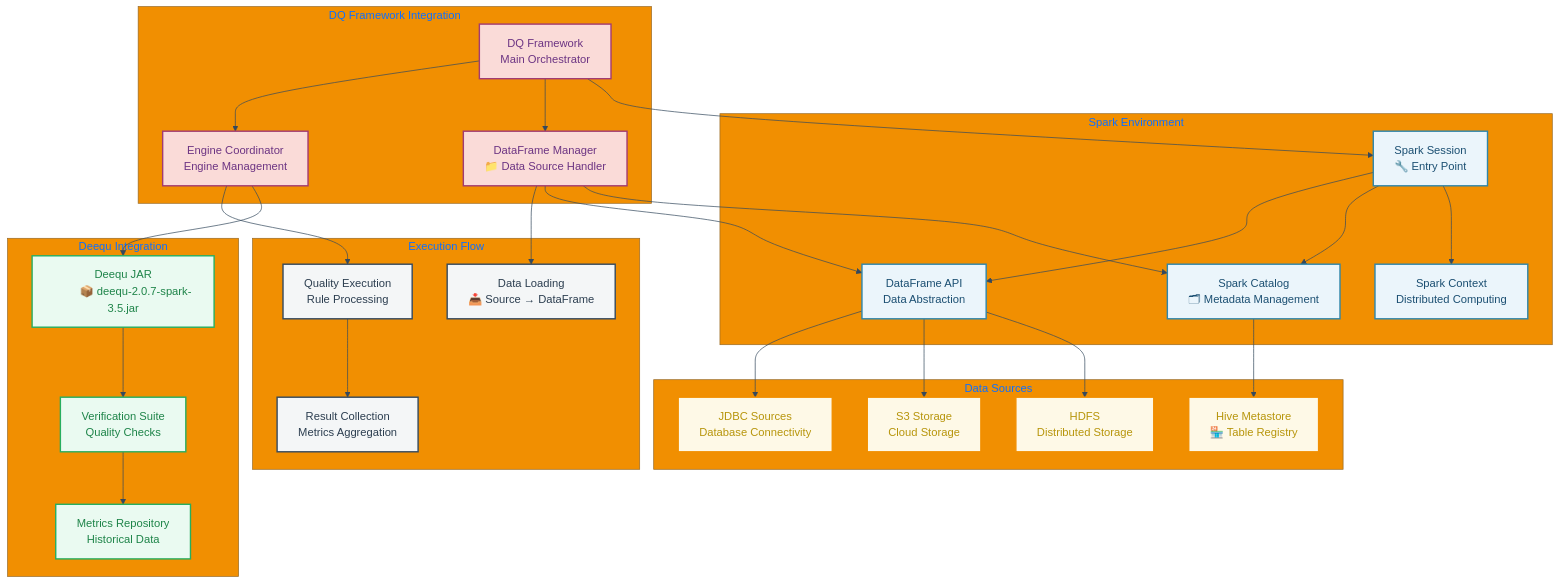
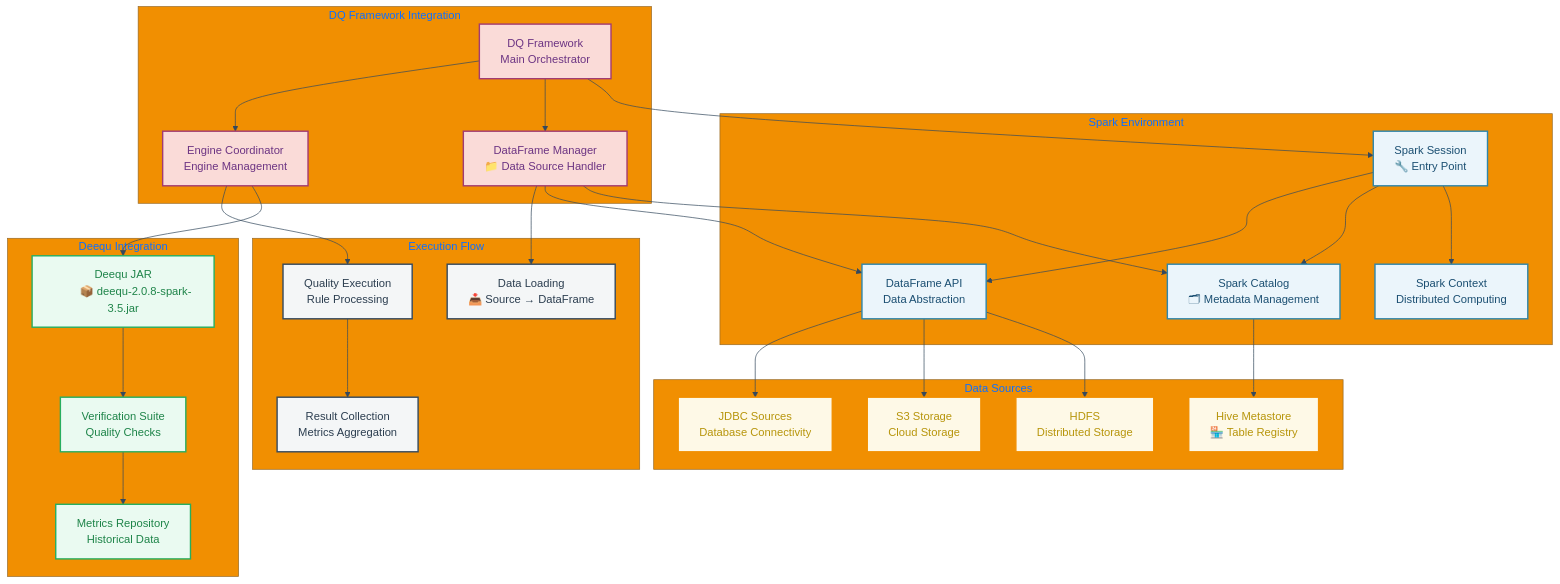
One commit to vjsingh1984/data-quality-framework changed the diagram in docs/diagrams/spark-integration.mmd. Above: the diagram before and after it, drawn with Mermaid. The commit also changed 13 other files, not shown here.

```diff
--- a/docs/diagrams/spark-integration.mmd
+++ b/docs/diagrams/spark-integration.mmd
@@ -1,88 +1,88 @@
 %%{init: {'theme':'base', 'themeVariables': { 'primaryColor': '#2E86AB', 'primaryTextColor': '#FFFFFF', 'primaryBorderColor': '#1B4F72', 'lineColor': '#34495E', 'secondaryColor': '#A23B72', 'tertiaryColor': '#F18F01', 'background': '#FFFFFF', 'mainBkg': '#EBF5FB', 'secondBkg': '#FADBD8', 'tertiaryBkg': '#FEF9E7'}}}%%
 graph TB
     subgraph "Spark Environment" 
         SparkSession[Spark Session
         🔧 Entry Point]
         SparkContext[Spark Context
          Distributed Computing]
         SparkCatalog[Spark Catalog
         🗂 Metadata Management]
         DataFrame[DataFrame API
          Data Abstraction]
     end
     
     subgraph "DQ Framework Integration"
         DQFramework[DQ Framework
          Main Orchestrator]
         DataFrameManager[DataFrame Manager
         📁 Data Source Handler]
         EngineCoordinator[Engine Coordinator
          Engine Management]
     end
     
     subgraph "Data Sources"
         HiveMetastore[Hive Metastore
         🏪 Table Registry]
         HDFS[HDFS
          Distributed Storage]
         S3[S3 Storage
          Cloud Storage]
         JDBC[JDBC Sources
          Database Connectivity]
     end
     
     subgraph "Deequ Integration"
         DeequJAR[Deequ JAR
-        📦 deequ-2.0.7-spark-3.5.jar]
+        📦 deequ-2.0.8-spark-3.5.jar]
         VerificationSuite[Verification Suite
          Quality Checks]
         MetricsRepository[Metrics Repository
          Historical Data]
     end
     
     subgraph "Execution Flow"
         DataLoad[Data Loading
         📥 Source → DataFrame]
         QualityChecks[Quality Execution
          Rule Processing]
         ResultAggregation[Result Collection
          Metrics Aggregation]
     end
     
     %% Connections
     SparkSession --> SparkContext
     SparkSession --> SparkCatalog
     SparkSession --> DataFrame
     
     DQFramework --> SparkSession
     DQFramework --> DataFrameManager
     DQFramework --> EngineCoordinator
     
     DataFrameManager --> SparkCatalog
     DataFrameManager --> DataFrame
     
     SparkCatalog --> HiveMetastore
     DataFrame --> HDFS
     DataFrame --> S3
     DataFrame --> JDBC
     
     EngineCoordinator --> DeequJAR
     DeequJAR --> VerificationSuite
     VerificationSuite --> MetricsRepository
     
     DataFrameManager --> DataLoad
     EngineCoordinator --> QualityChecks
     QualityChecks --> ResultAggregation
     
     %% Styling
     classDef sparkLayer fill:#EBF5FB,stroke:#2E86AB,stroke-width:2px,color:#1B4F72
     classDef frameworkLayer fill:#FADBD8,stroke:#A23B72,stroke-width:2px,color:#6C3483
     classDef dataLayer fill:#FEF9E7,stroke:#F18F01,stroke-width:2px,color:#B7950B
     classDef deequLayer fill:#EAFAF1,stroke:#27AE60,stroke-width:2px,color:#1E8449
     classDef executionLayer fill:#F4F6F7,stroke:#34495E,stroke-width:2px,color:#2C3E50
     
     class SparkSession,SparkContext,SparkCatalog,DataFrame sparkLayer
     class DQFramework,DataFrameManager,EngineCoordinator frameworkLayer
     class HiveMetastore,HDFS,S3,JDBC dataLayer
     class DeequJAR,VerificationSuite,MetricsRepository deequLayer
     class DataLoad,QualityChecks,ResultAggregation executionLayer
```
